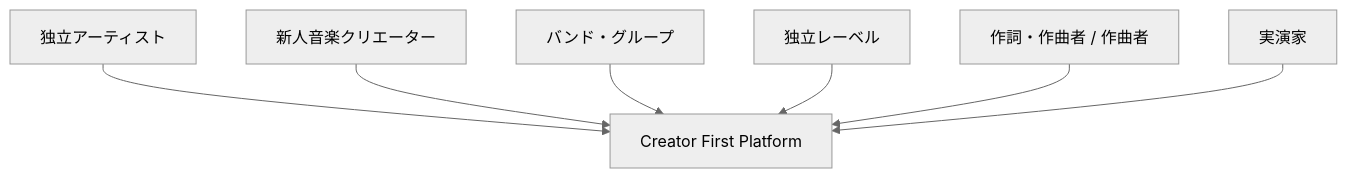
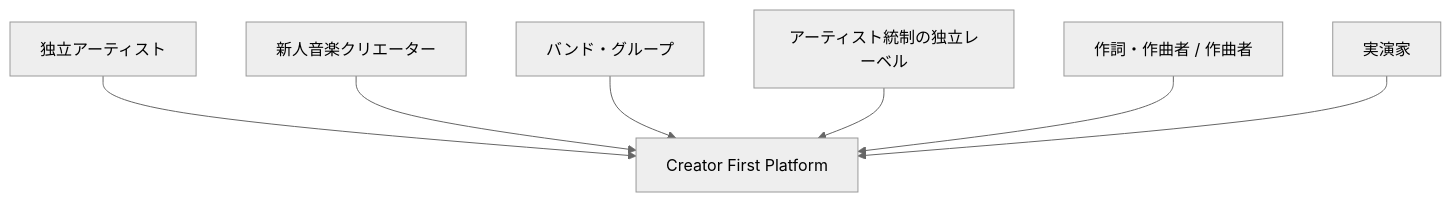
Before and after one commit to ShigeichiroYamasaki/creator-first-platform: the second of 29 diagrams in docs/whitepaper/05-creator-onboarding.md, drawn with Mermaid (neutral theme). The commit also changed other lines of this file and 13 other files, not shown here.

````diff
--- a/docs/whitepaper/05-creator-onboarding.md
+++ b/docs/whitepaper/05-creator-onboarding.md
@@ -75,11 +75,11 @@
 ```mermaid
 flowchart TD
     CFP[Creator First Platform]
 
     INDIE[独立アーティスト] --> CFP
     NEW[新人音楽クリエーター] --> CFP
     BAND[バンド・グループ] --> CFP
-    LABEL[独立レーベル] --> CFP
+    LABEL[アーティスト統制の独立レーベル] --> CFP
     WRITER[作詞・作曲者 / 作曲者] --> CFP
     PERF[実演家] --> CFP
 ```
````
